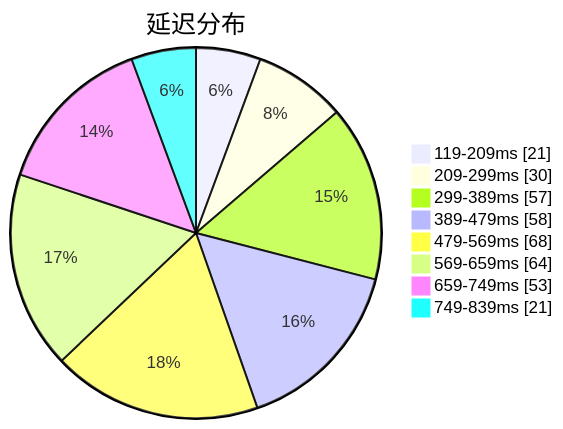
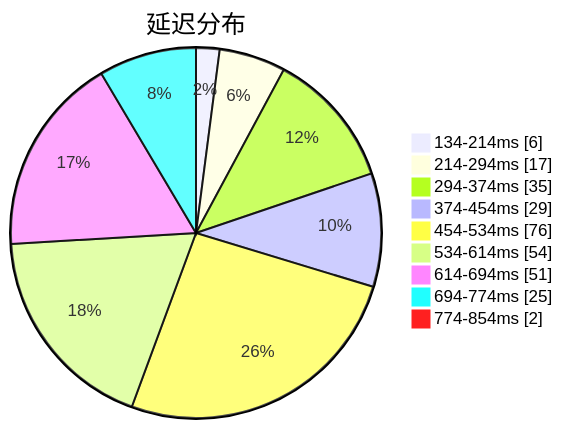
One commit to sinspired/airport changed the first of 3 diagrams in subs/statistics/tested_within.md. Above: the diagram before and after it, drawn with Mermaid. The commit also changed other lines of this file and 2 other files, not shown here.

````diff
--- a/subs/statistics/tested_within.md
+++ b/subs/statistics/tested_within.md
@@ -2,12 +2,13 @@
 ```mermaid
 pie showData
 title 延迟分布
-"119-209ms" : 21
-"209-299ms" : 30
-"299-389ms" : 57
-"389-479ms" : 58
-"479-569ms" : 68
-"569-659ms" : 64
-"659-749ms" : 53
-"749-839ms" : 21
+"134-214ms" : 6
+"214-294ms" : 17
+"294-374ms" : 35
+"374-454ms" : 29
+"454-534ms" : 76
+"534-614ms" : 54
+"614-694ms" : 51
+"694-774ms" : 25
+"774-854ms" : 2
 ```
````
